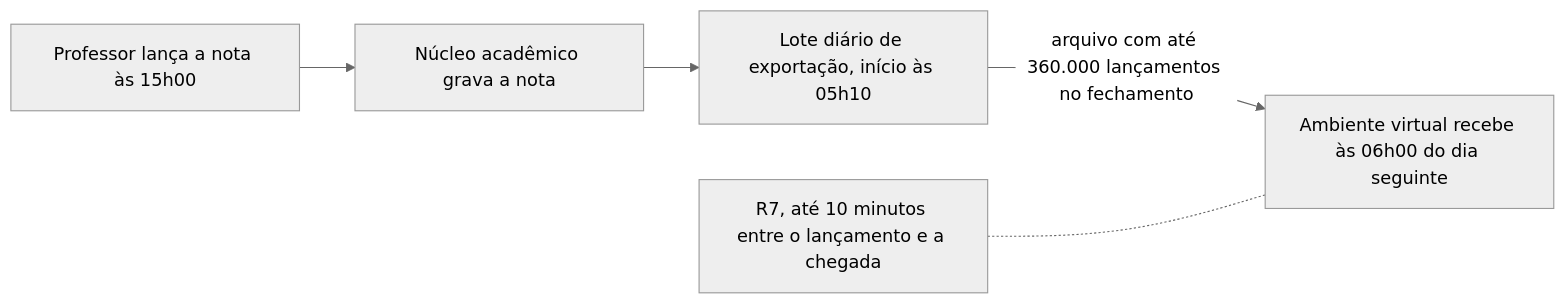
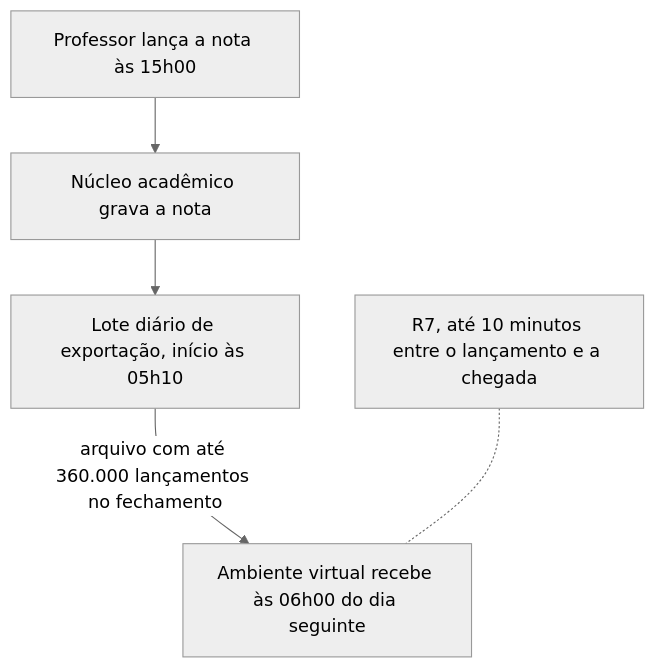
One commit to aulas-marco/projeto-arquitetura-software changed the third of 3 diagrams in docs/modulo-3-design-e-padroes/bloco-3-padroes-arquiteturais-e-de-design.md. Above: the diagram before and after it, drawn with Mermaid (neutral theme). The commit also changed other lines of this file and 36 other files, not shown here.

First line of the commit message:
docs(aula-4): arquitetura de dados com DMBOK e diagramas legiveis

````diff
--- a/docs/modulo-3-design-e-padroes/bloco-3-padroes-arquiteturais-e-de-design.md
+++ b/docs/modulo-3-design-e-padroes/bloco-3-padroes-arquiteturais-e-de-design.md
@@ -224,7 +224,7 @@
 ```mermaid
-graph LR
+flowchart TB
     PROF["Professor lança a nota às 15h00"] --> NUC["Núcleo acadêmico grava a nota"]
     NUC --> LOTE["Lote diário de exportação, início às 05h10"]
     LOTE -->|"arquivo com até 360.000 lançamentos no fechamento"| AVA["Ambiente virtual recebe às 06h00 do dia seguinte"]
     R7["R7, até 10 minutos entre o lançamento e a chegada"] -.- AVA
 ```
````
